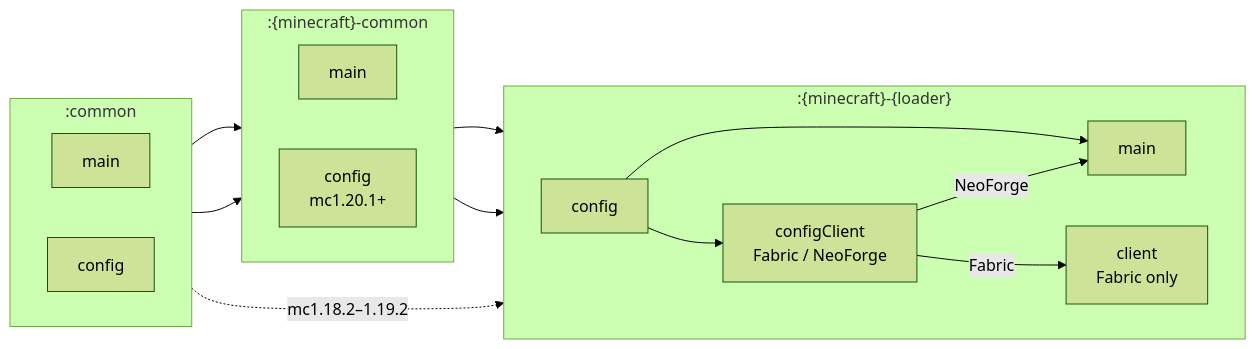
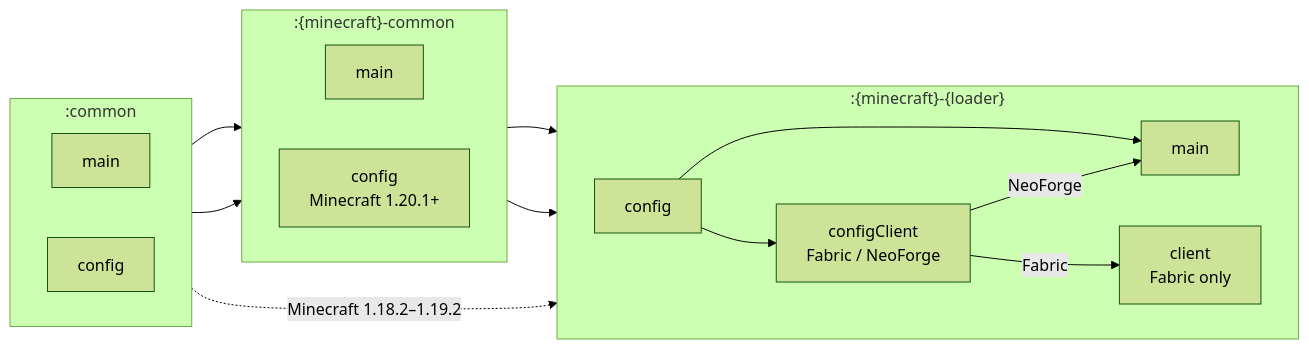
One commit to Meatwo310/custom-mdk changed the second of 2 diagrams in docs/README.md. Above: the diagram before and after it, drawn with Mermaid (forest theme). The commit also changed other lines of this file and 2 other files, not shown here.

Commit message:
mdk(docs): store dependency diagrams locally

````diff
--- a/docs/README.md
+++ b/docs/README.md
@@ -182,32 +182,32 @@
 ```mermaid
 flowchart LR
     subgraph shared[":common"]
         direction LR
         sharedMain["main"]
         sharedConfig["config"]
     end
 
     subgraph version[":{minecraft}-common"]
         direction LR
         versionMain["main"]
-        versionConfig["config<br/>mc1.20.1+"]
+        versionConfig["config<br/>Minecraft 1.20.1+"]
     end
 
     subgraph loader[":{minecraft}-{loader}"]
         direction LR
         loaderMain["main"]
         loaderConfig["config"]
         configClient["configClient<br/>Fabric / NeoForge"]
         loaderClient["client<br/>Fabric only"]
     end
 
     sharedMain --> versionMain --> loaderMain
 
     sharedConfig --> versionConfig --> loaderConfig
-    sharedConfig -. "mc1.18.2–1.19.2" .-> loaderConfig
+    sharedConfig -. "Minecraft 1.18.2–1.19.2" .-> loaderConfig
 
     loaderConfig --> loaderMain
     loaderConfig --> configClient
     configClient -->|Fabric| loaderClient
     configClient -->|NeoForge| loaderMain
 ```
````
